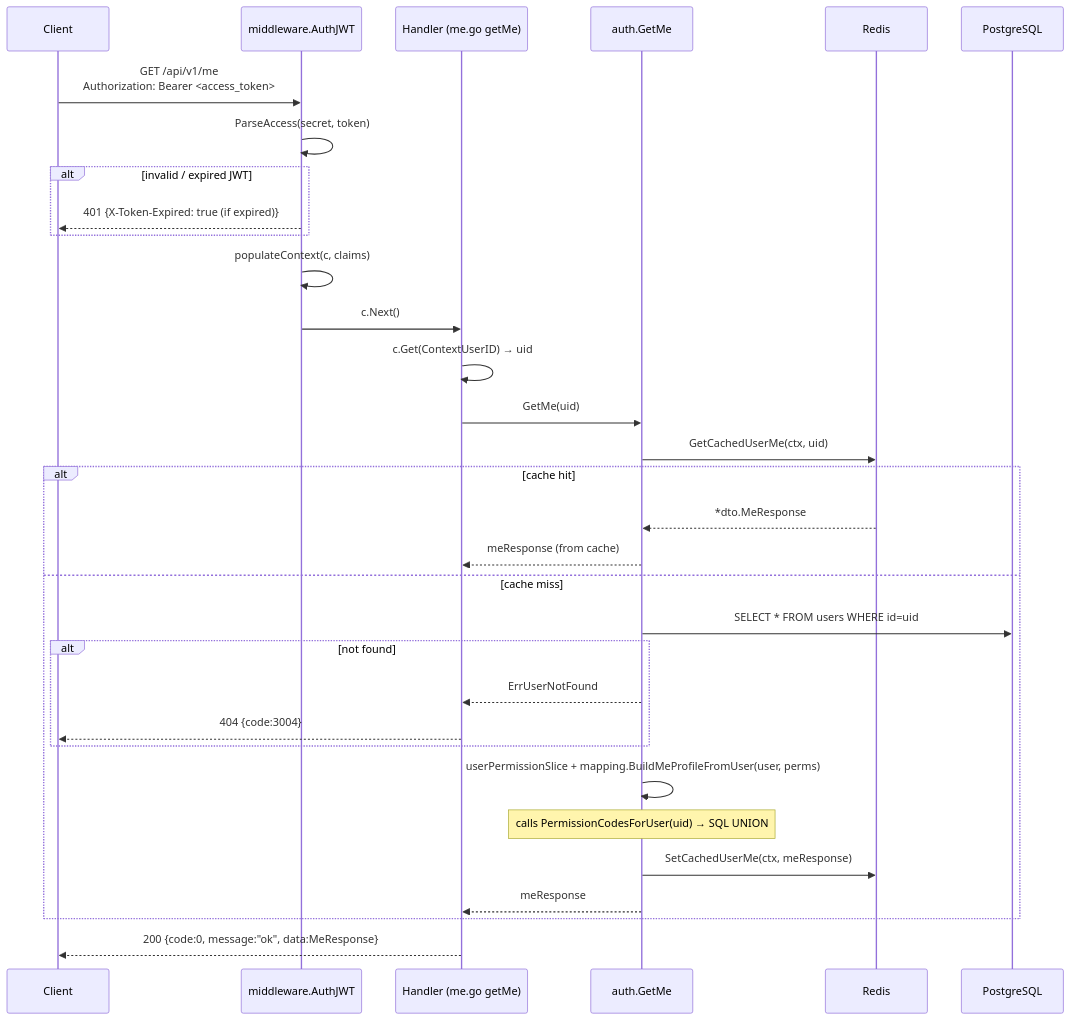
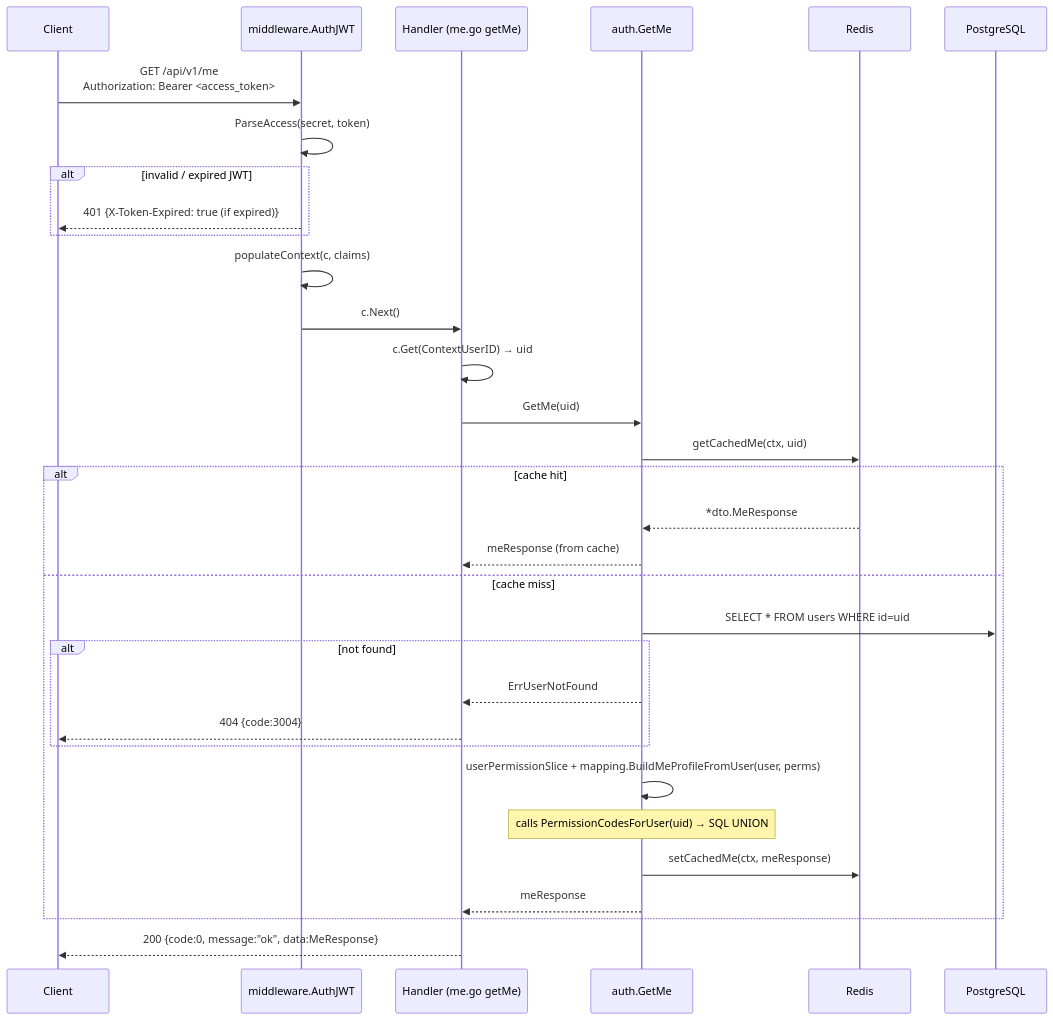
One commit to lkienkle11/be-mycourse changed the ninth of 26 diagrams in docs/sequence_diagrams.md. Above: the diagram before and after it, drawn with Mermaid. The commit also changed other lines of this file and 5 other files, not shown here.

````diff
--- a/docs/sequence_diagrams.md
+++ b/docs/sequence_diagrams.md
@@ -460,38 +460,38 @@
 ```mermaid
 sequenceDiagram
     participant C as Client
     participant MW as middleware.AuthJWT
     participant H as Handler (me.go getMe)
     participant SVC as auth.GetMe
     participant Cache as Redis
     participant DB as PostgreSQL
 
     C->>MW: GET /api/v1/me<br/>Authorization: Bearer <access_token>
     MW->>MW: ParseAccess(secret, token)
     alt invalid / expired JWT
         MW-->>C: 401 {X-Token-Expired: true (if expired)}
     end
     MW->>MW: populateContext(c, claims)
     MW->>H: c.Next()
 
     H->>H: c.Get(ContextUserID) → uid
     H->>SVC: GetMe(uid)
 
-    SVC->>Cache: GetCachedUserMe(ctx, uid)
+    SVC->>Cache: getCachedMe(ctx, uid)
     alt cache hit
         Cache-->>SVC: *dto.MeResponse
         SVC-->>H: meResponse (from cache)
     else cache miss
         SVC->>DB: SELECT * FROM users WHERE id=uid
         alt not found
             SVC-->>H: ErrUserNotFound
             H-->>C: 404 {code:3004}
         end
         SVC->>SVC: userPermissionSlice + mapping.BuildMeProfileFromUser(user, perms)
         Note over SVC: calls PermissionCodesForUser(uid) → SQL UNION
-        SVC->>Cache: SetCachedUserMe(ctx, meResponse)
+        SVC->>Cache: setCachedMe(ctx, meResponse)
         SVC-->>H: meResponse
     end
 
     H-->>C: 200 {code:0, message:"ok", data:MeResponse}
 ```
````
